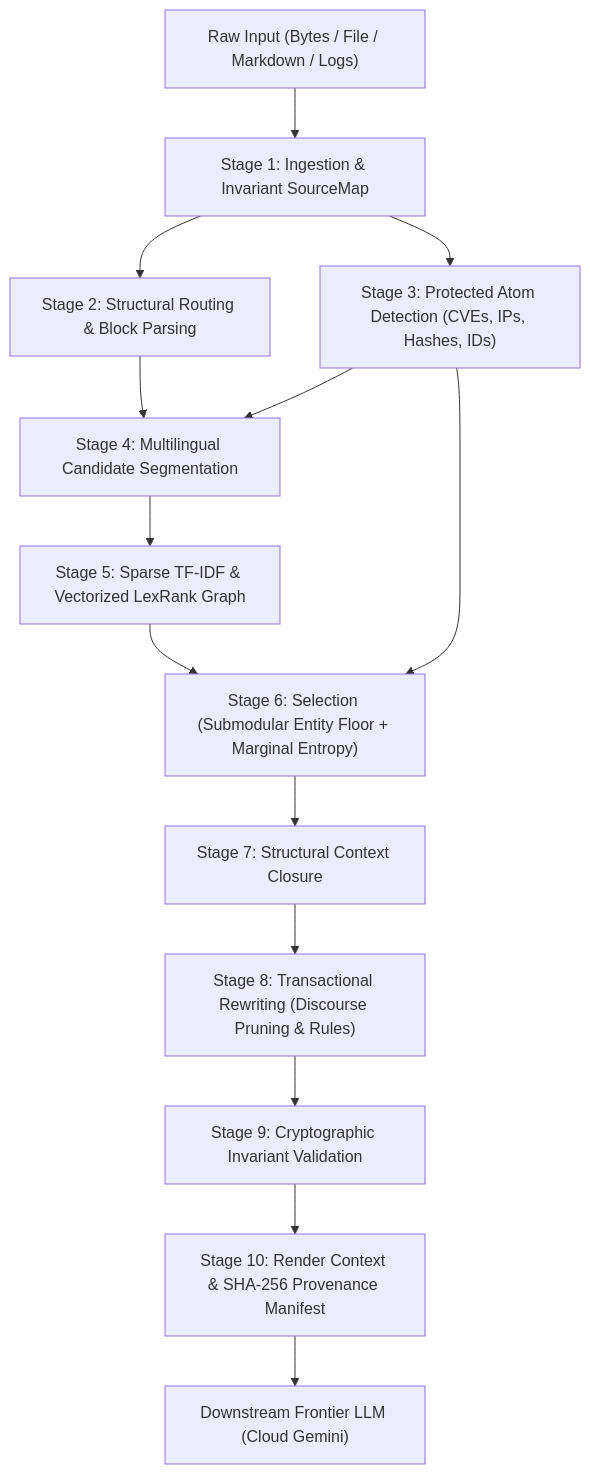
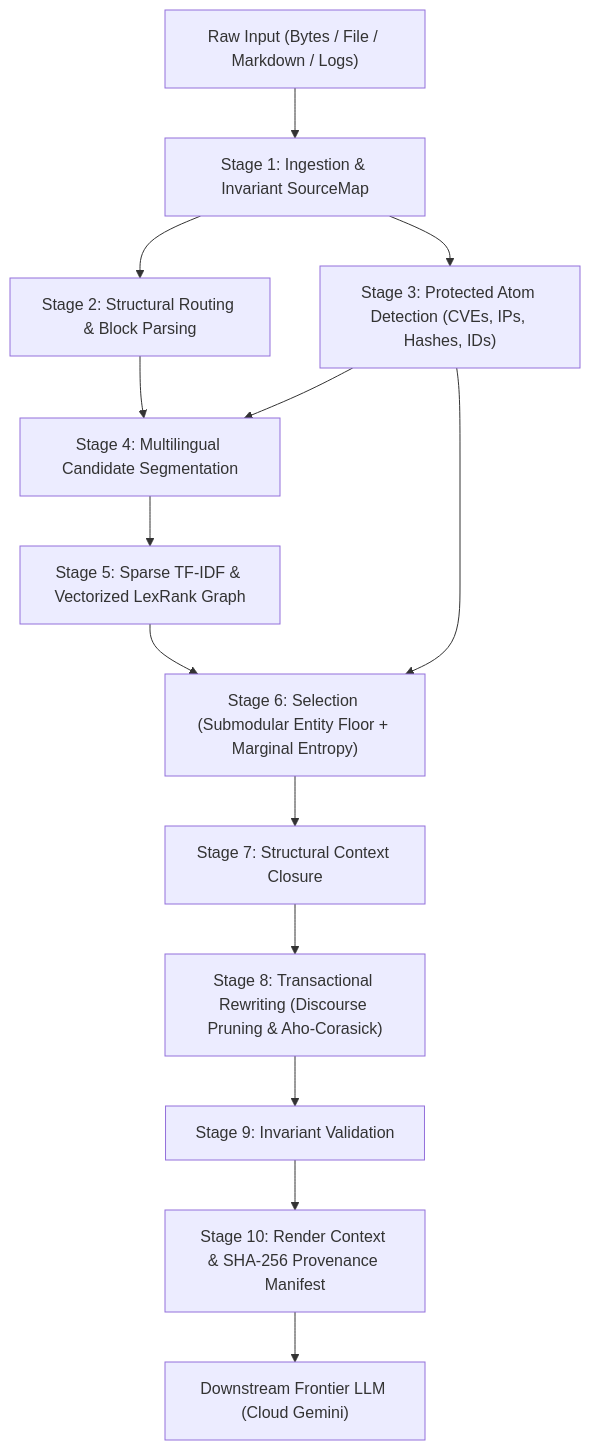
One commit to MayurVirkar/ContextCull changed the diagram in README.md. Above: the diagram before and after it, drawn with Mermaid. The commit also changed other lines of this file and 26 other files, not shown here.

````diff
--- a/README.md
+++ b/README.md
@@ -42,14 +48,14 @@
 ```mermaid
 flowchart TD
     A["Raw Input (Bytes / File / Markdown / Logs)"] --> B["Stage 1: Ingestion & Invariant SourceMap"]
     B --> C["Stage 2: Structural Routing & Block Parsing"]
     B --> D["Stage 3: Protected Atom Detection (CVEs, IPs, Hashes, IDs)"]
     C & D --> E["Stage 4: Multilingual Candidate Segmentation"]
     E --> F["Stage 5: Sparse TF-IDF & Vectorized LexRank Graph"]
     F & D --> G["Stage 6: Selection (Submodular Entity Floor + Marginal Entropy)"]
     G --> H["Stage 7: Structural Context Closure"]
-    H --> I["Stage 8: Transactional Rewriting (Discourse Pruning & Rules)"]
-    I --> J["Stage 9: Cryptographic Invariant Validation"]
+    H --> I["Stage 8: Transactional Rewriting (Discourse Pruning & Aho-Corasick)"]
+    I --> J["Stage 9: Invariant Validation"]
     J --> K["Stage 10: Render Context & SHA-256 Provenance Manifest"]
     K --> L["Downstream Frontier LLM (Cloud Gemini)"]
 ```
````
